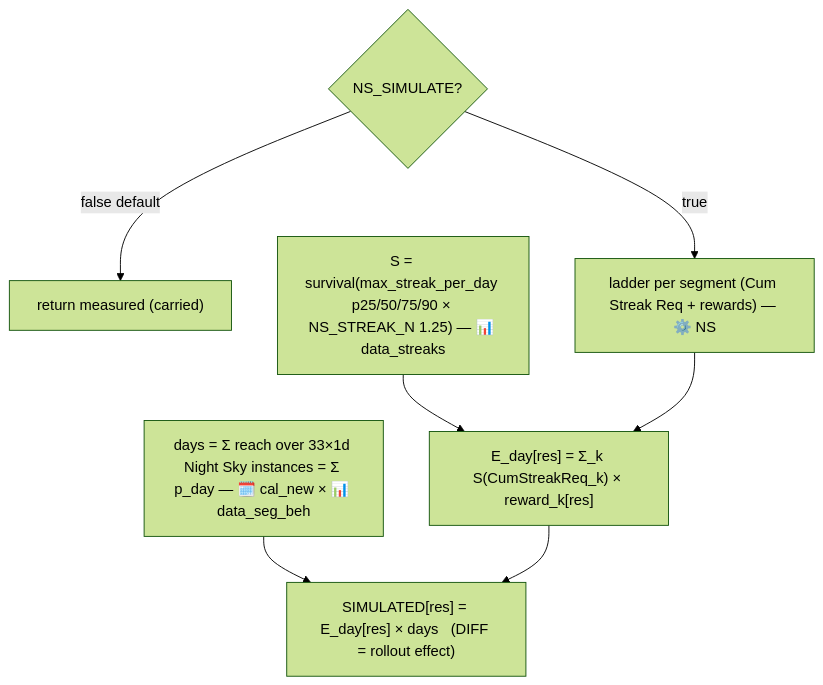
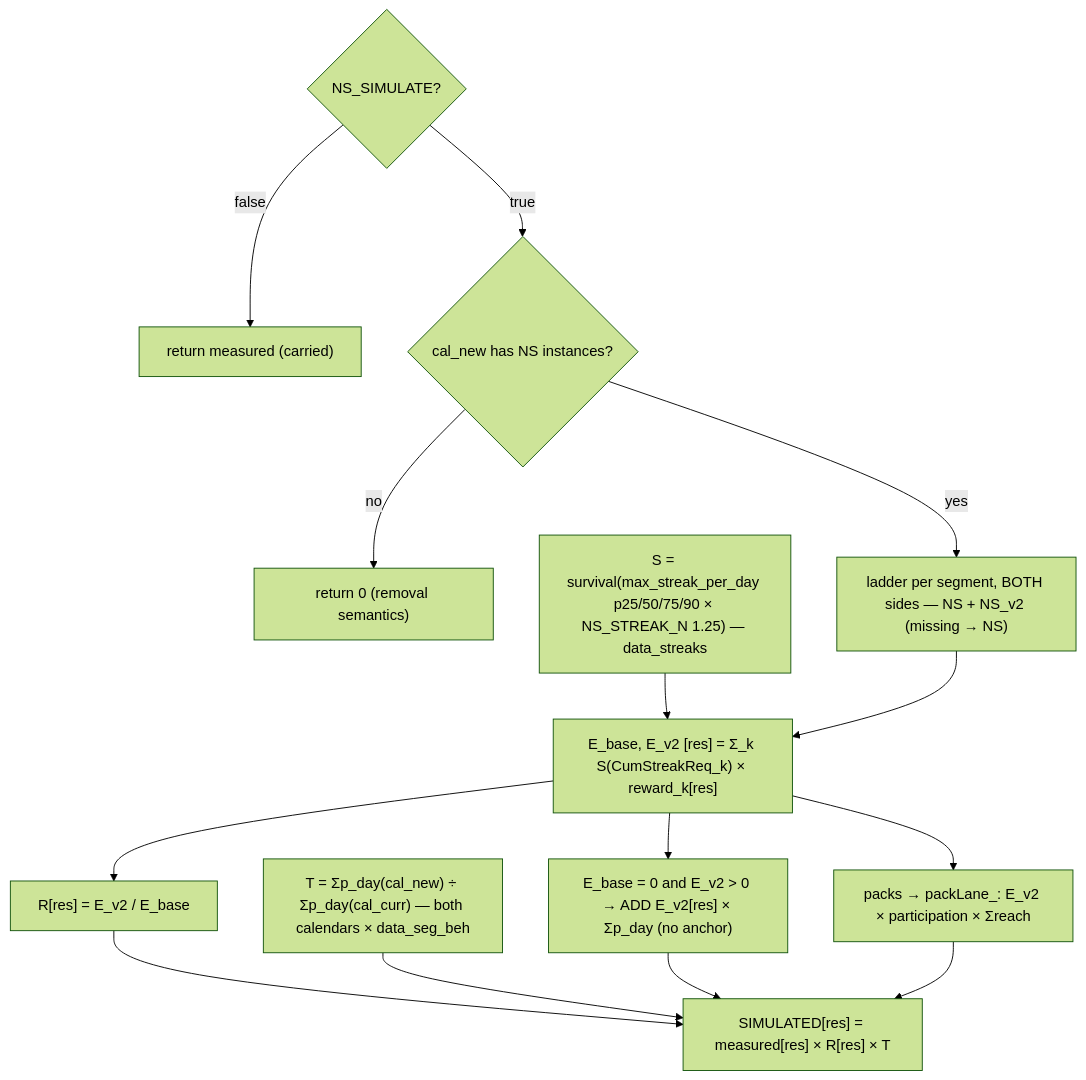
Before and after one commit to Teatree/r_live_ops_2: the eighth of 12 diagrams in SIMULATION_METHODOLOGY.md, drawn with Mermaid (forest theme). The commit also changed other lines of this file and 47 other files, not shown here.

First line of the commit message:
D22: anchor Night Sky on NS/NS_v2 + A/B analysis pulls + pre-collections engine variant

````diff
--- a/SIMULATION_METHODOLOGY.md
+++ b/SIMULATION_METHODOLOGY.md
@@ -1012,9 +1015,14 @@
 ```mermaid
 flowchart TD
-  FLAG{"NS_SIMULATE?"} -->|false default| CARRY["return measured (carried)"]
-  FLAG -->|true| L["ladder per segment (Cum Streak Req + rewards) — ⚙️ NS"]
-  ST["S = survival(max_streak_per_day p25/50/75/90 × NS_STREAK_N 1.25) — 📊 data_streaks"] --> EDAY
-  L --> EDAY["E_day[res] = Σ_k S(CumStreakReq_k) × reward_k[res]"]
-  DAYS["days = Σ reach over 33×1d Night Sky instances = Σ p_day — 🗓️ cal_new × 📊 data_seg_beh"] --> OUT
-  EDAY --> OUT["SIMULATED[res] = E_day[res] × days   (DIFF = rollout effect)"]
+  FLAG{"NS_SIMULATE?"} -->|false| CARRY["return measured (carried)"]
+  FLAG -->|true| INST{"cal_new has NS instances?"}
+  INST -->|no| ZERO["return 0 (removal semantics)"]
+  INST -->|yes| LAD["ladder per segment, BOTH sides — NS + NS_v2 (missing → NS)"]
+  ST["S = survival(max_streak_per_day p25/50/75/90 × NS_STREAK_N 1.25) — data_streaks"] --> E
+  LAD --> E["E_base, E_v2 [res] = Σ_k S(CumStreakReq_k) × reward_k[res]"]
+  E --> R["R[res] = E_v2 / E_base"]
+  R --> OUT["SIMULATED[res] = measured[res] × R[res] × T"]
+  T["T = Σp_day(cal_new) ÷ Σp_day(cal_curr) — both calendars × data_seg_beh"] --> OUT
+  E --> ADD["E_base = 0 and E_v2 > 0 → ADD E_v2[res] × Σp_day (no anchor)"] --> OUT
+  E --> PK["packs → packLane_: E_v2 × participation × Σreach"] --> OUT
 ```
````
